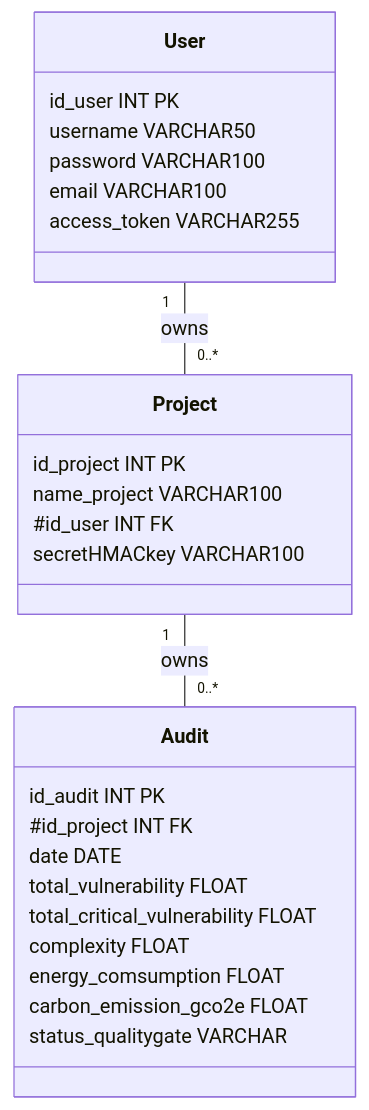
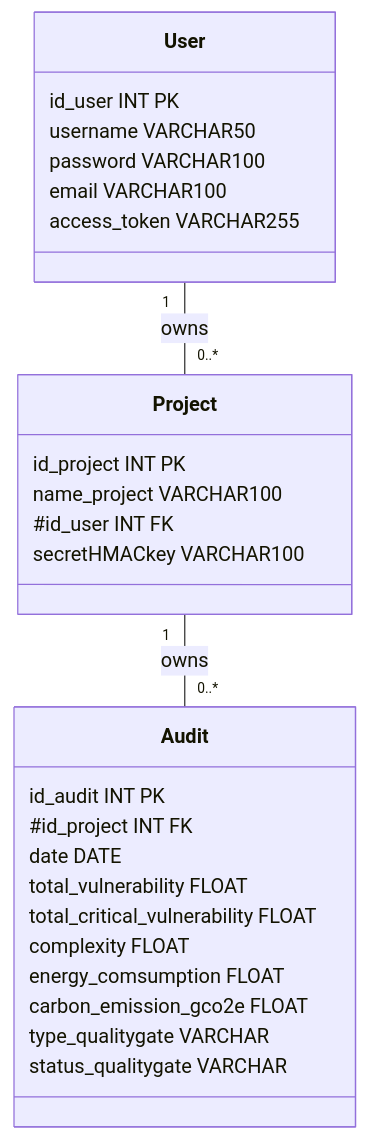
The diagram in doc/diagramme_phys_donnees.md (galahade-ncl/ensai-it-project-2a-team34), drawn with Mermaid before and after one commit.

Commit message:
modif modèle physique des données

````diff
--- a/doc/diagramme_phys_donnees.md
+++ b/doc/diagramme_phys_donnees.md
@@ -17,35 +17,36 @@
 ```mermaid
 classDiagram
     %% Business objects
     class User {
         id_user INT PK
         username VARCHAR50
         password VARCHAR100
         email VARCHAR100
         access_token VARCHAR255
     }
 
     class Project {
         id_project INT PK
         name_project VARCHAR100
         #id_user INT FK
         secretHMACkey VARCHAR100
     }
 
     class Audit {
         id_audit INT PK
         #id_project INT FK
         date DATE
         total_vulnerability FLOAT
         total_critical_vulnerability FLOAT
         complexity FLOAT
         energy_comsumption FLOAT
         carbon_emission_gco2e FLOAT
+        type_qualitygate VARCHAR
         status_qualitygate VARCHAR
     }
 
     %% Relationships
     User "1" -- "0..*" Project : owns
     Project "1" -- "0..*" Audit : owns
 
 ```
````
